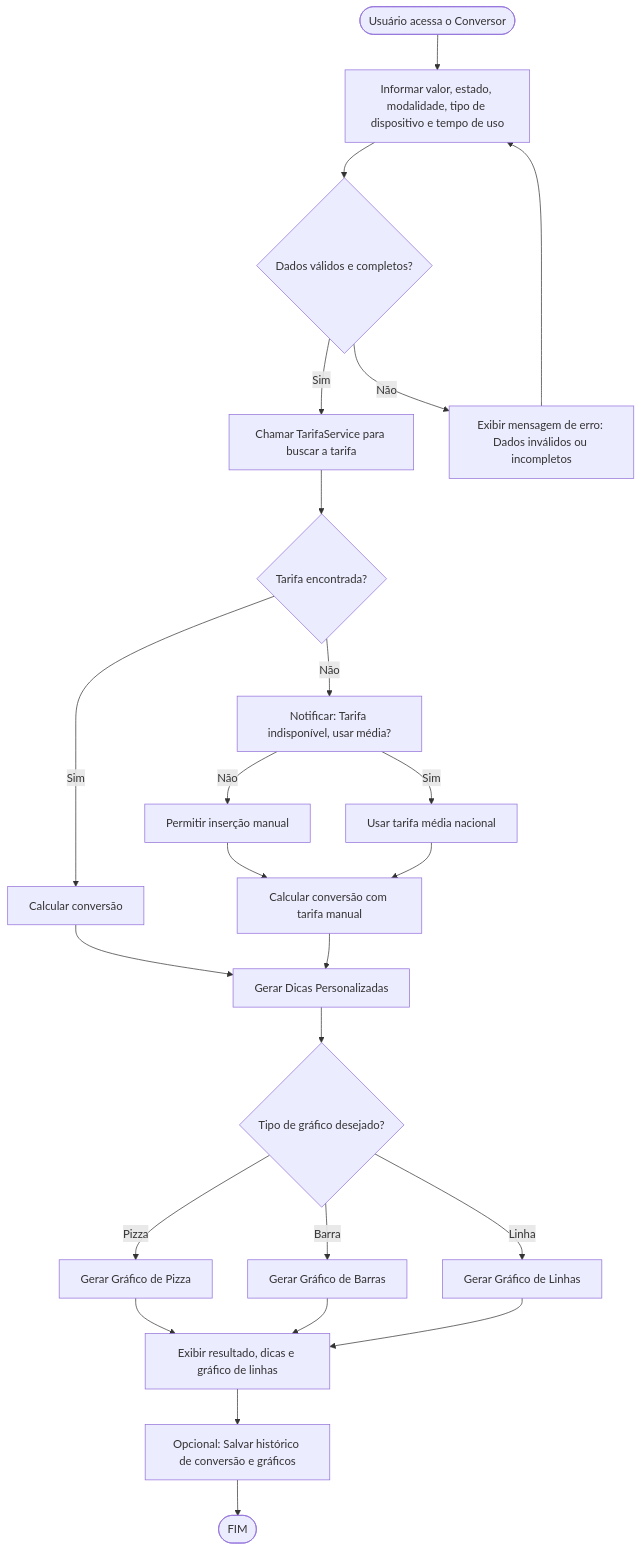
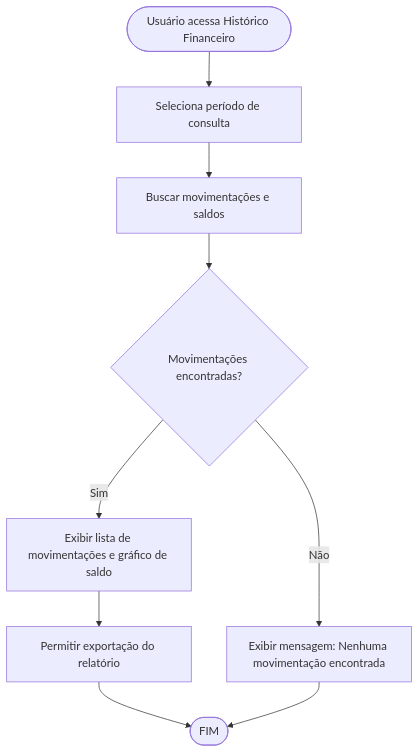
The diagram in docs/requisitos/r16-historico-financeiro/Projeto de Interface.md (ICEI-PUC-Minas-PMV-ADS/pmv-ads-2025-2-e2-proj-int-t9-savemoney), drawn with Mermaid before and after one commit. The commit also changed other lines of this file and 7 other files, not shown here.

````diff
--- a/docs/requisitos/r16-historico-financeiro/Projeto de Interface.md
+++ b/docs/requisitos/r16-historico-financeiro/Projeto de Interface.md
@@ -9,26 +9,11 @@
 ```mermaid
 graph TD
-    A([Usuário acessa o Conversor]) --> B[Informar valor, estado, modalidade, tipo de dispositivo e tempo de uso]
-    B --> C{"Dados válidos e completos?"}
-    C -- Sim --> D[Chamar TarifaService para buscar a tarifa]
-    C -- Não --> E[Exibir mensagem de erro: Dados inválidos ou incompletos]
-    E --> B
-    D --> F{"Tarifa encontrada?"}
-    F -- Sim --> G[Calcular conversão]
-    F -- Não --> H[Notificar: Tarifa indisponível, usar média?]
-    H -- Sim --> I[Usar tarifa média nacional]
-    H -- Não --> J[Permitir inserção manual]
-    J --> K[Calcular conversão com tarifa manual]
-    I --> K
-    G --> L[Gerar Dicas Personalizadas]
-    K --> L
-    L --> M{"Tipo de gráfico desejado?"}
-    M -- "Pizza" --> N1[Gerar Gráfico de Pizza]
-    M -- "Barra" --> N2[Gerar Gráfico de Barras]
-    M -- "Linha" --> N3[Gerar Gráfico de Linhas]
-    N1 --> O[Exibir resultado, dicas e gráfico de pizza]
-    N2 --> O[Exibir resultado, dicas e gráfico de barras]
-    N3 --> O[Exibir resultado, dicas e gráfico de linhas]
-    O --> P[Opcional: Salvar histórico de conversão e gráficos]
-    P --> Q([FIM])
+    A([Usuário acessa Histórico Financeiro]) --> B[Seleciona período de consulta]
+    B --> C[Buscar movimentações e saldos]
+    C --> D{Movimentações encontradas?}
+    D -- Sim --> E[Exibir lista de movimentações e gráfico de saldo]
+    D -- Não --> F[Exibir mensagem: Nenhuma movimentação encontrada]
+    E --> G[Permitir exportação do relatório]
+    G --> H([FIM])
+    F --> H
 ```
````
